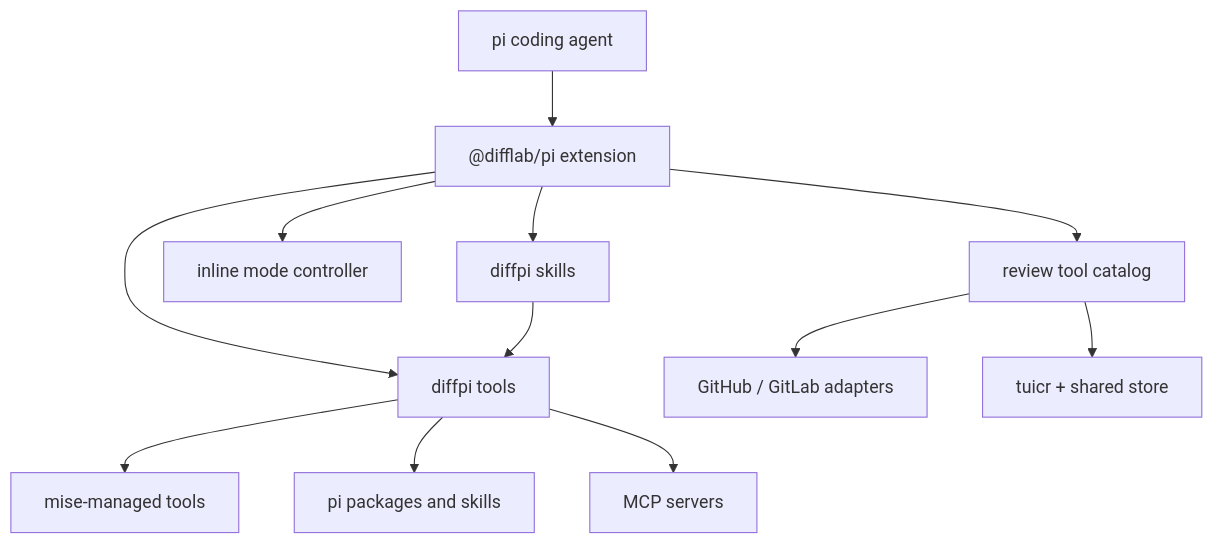
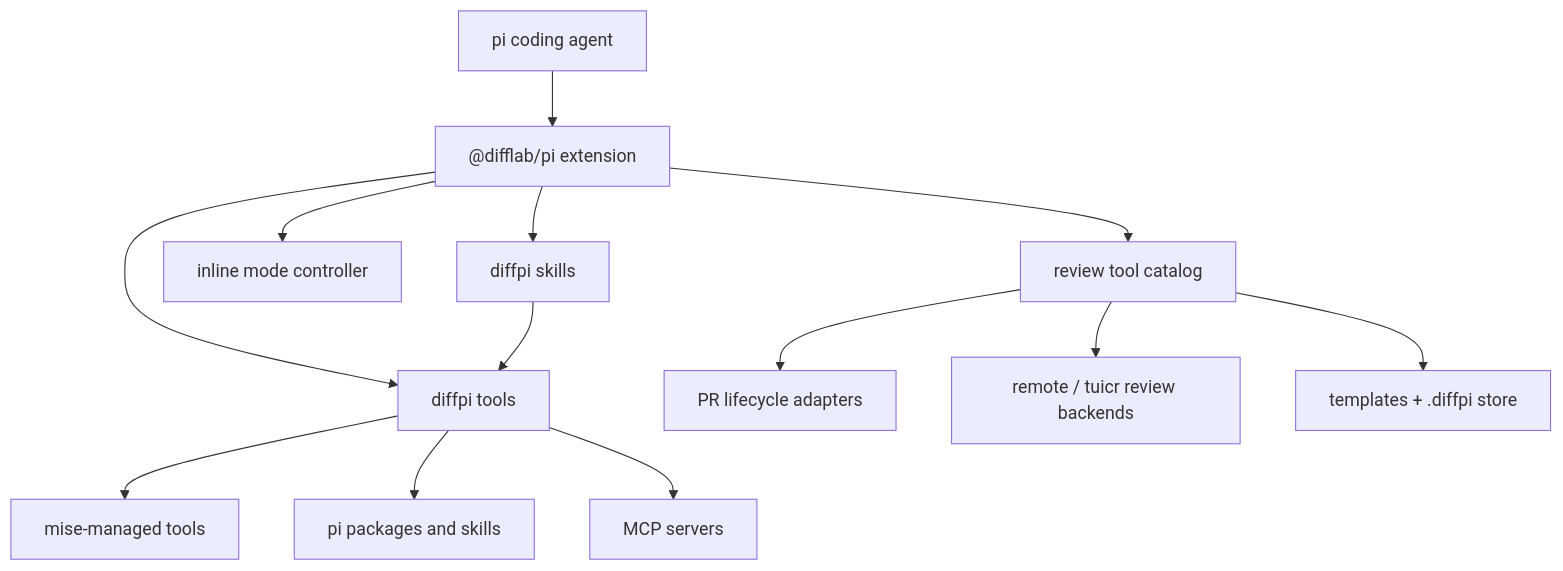
One commit to difflab-io/diffpi changed the diagram in docs/architecture/index.md. Above: the diagram before and after it, drawn with Mermaid. The commit also changed other lines of this file and 39 other files, not shown here.

First line of the commit message:
feat(review): add local review backends

````diff
--- a/docs/architecture/index.md
+++ b/docs/architecture/index.md
@@ -29,14 +29,15 @@
 ```mermaid
 graph TD
     Pi["pi coding agent"] --> Extension["@difflab/pi extension"]
     Extension --> Tools["diffpi tools"]
     Extension --> Skills["diffpi skills"]
     Extension --> Modes["inline mode controller"]
     Extension --> Review["review tool catalog"]
     Skills --> Tools
-    Review --> Forge["GitHub / GitLab adapters"]
-    Review --> Tuicr["tuicr + shared store"]
+    Review --> Forge["PR lifecycle adapters"]
+    Review --> Backends["remote / tuicr review backends"]
+    Review --> Store["templates + .diffpi store"]
     Tools --> Mise["mise-managed tools"]
     Tools --> Packages["pi packages and skills"]
     Tools --> MCP["MCP servers"]
 ```
````
